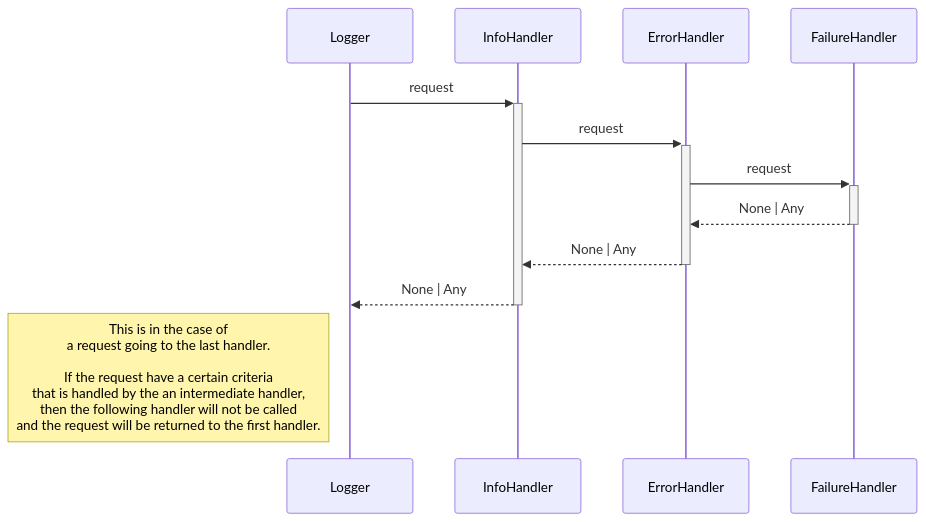
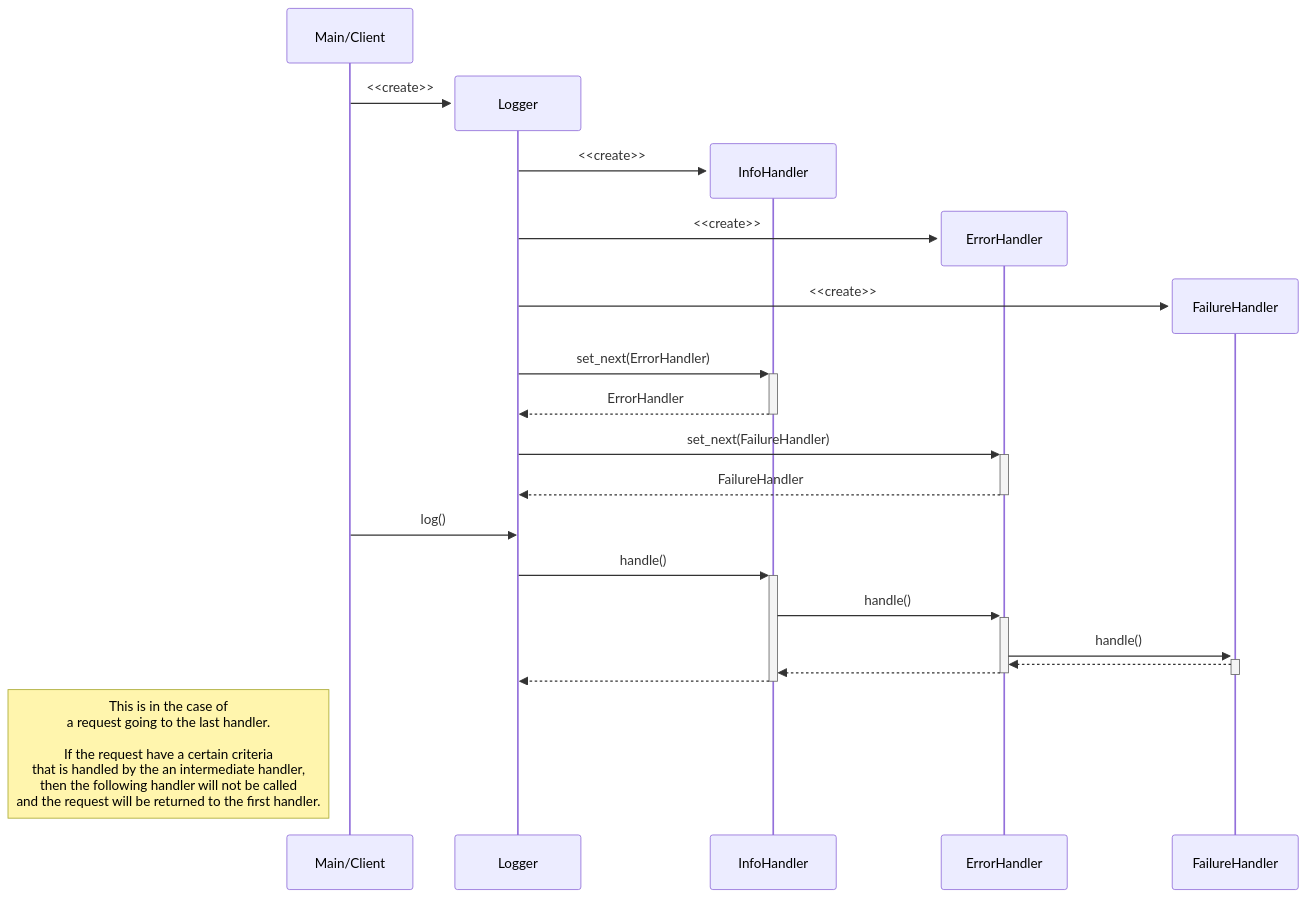
The second of 6 diagrams in python/README.md (ArthurDelannoyazerty/Design-Patterns), drawn with Mermaid before and after one commit.

Commit message:
better chain of responsibility sequence diagram

````diff
--- a/python/README.md
+++ b/python/README.md
@@ -68,10 +68,28 @@
 ```mermaid
 sequenceDiagram
-    Logger->>+InfoHandler: request
-    InfoHandler->>+ErrorHandler: request
-    ErrorHandler->>+FailureHandler: request
-    FailureHandler-->>-ErrorHandler: None | Any
-    ErrorHandler-->>-InfoHandler: None | Any
-    InfoHandler-->>-Logger: None | Any
-    Note left of Logger: This is in the case of <br> a request going to the last handler. <br><br> If the request have a certain criteria <br> that is handled by the an intermediate handler, <br> then the following handler will not be called <br> and the request will be returned to the first handler.
+    participant Main/Client
+
+    create participant Logger
+    Main/Client->>Logger: <<create>>
+
+    create participant InfoHandler
+    Logger->>InfoHandler: <<create>>
+    create participant ErrorHandler
+    Logger->>ErrorHandler: <<create>>
+    create participant FailureHandler
+    Logger->>FailureHandler: <<create>>
+
+    Logger->>+InfoHandler: set_next(ErrorHandler)
+    InfoHandler-->>-Logger: ErrorHandler
+    Logger->>+ErrorHandler: set_next(FailureHandler)
+    ErrorHandler-->>-Logger: FailureHandler
+
+    Main/Client->>Logger: log()
+    Logger->>+InfoHandler: handle()
+    InfoHandler->>+ErrorHandler: handle()
+    ErrorHandler->>+FailureHandler: handle()
+    FailureHandler-->>-ErrorHandler: 
+    ErrorHandler-->>-InfoHandler: 
+    InfoHandler-->>-Logger: 
+    Note left of Main/Client: This is in the case of <br> a request going to the last handler. <br><br> If the request have a certain criteria <br> that is handled by the an intermediate handler, <br> then the following handler will not be called <br> and the request will be returned to the first handler.
 ```
````
